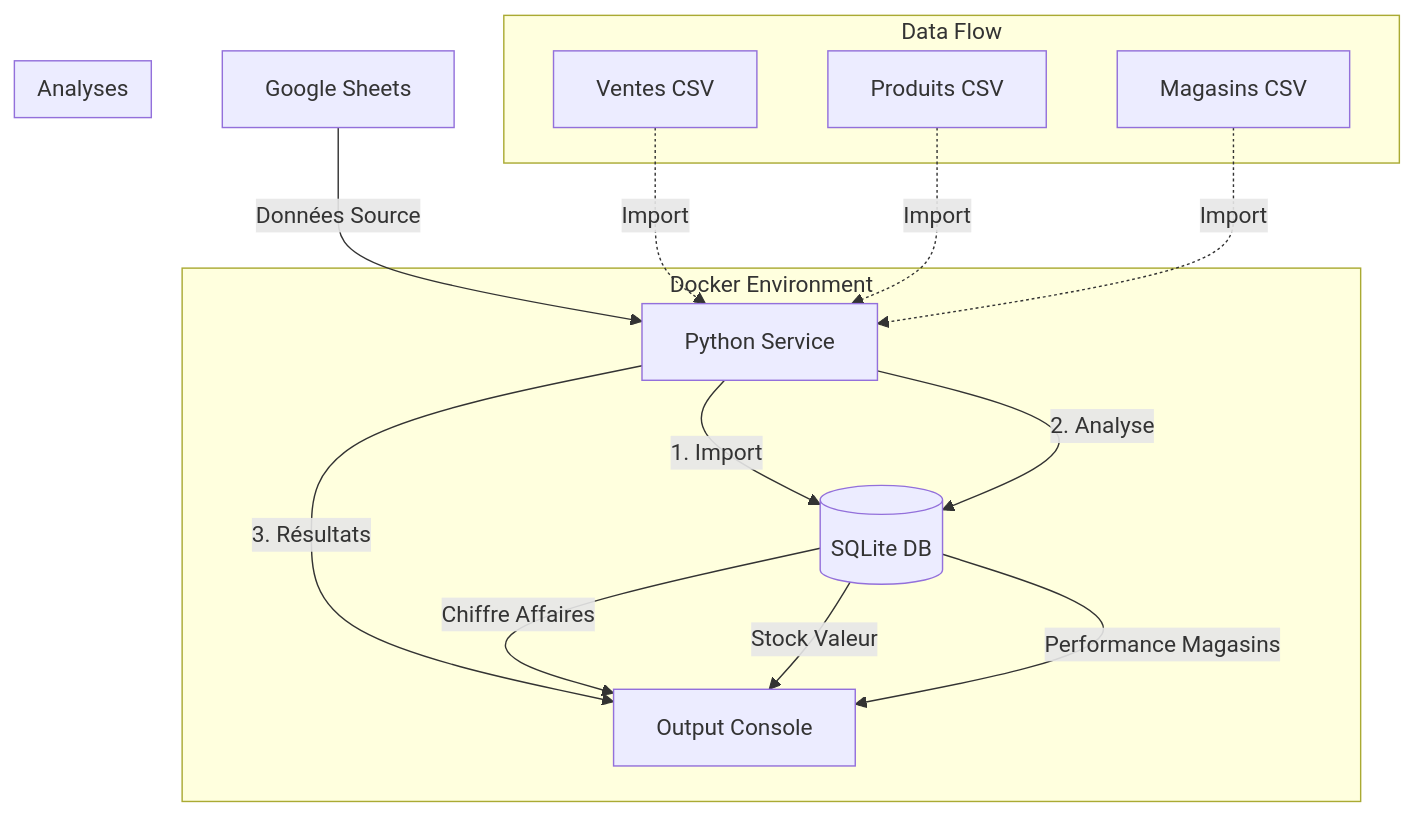
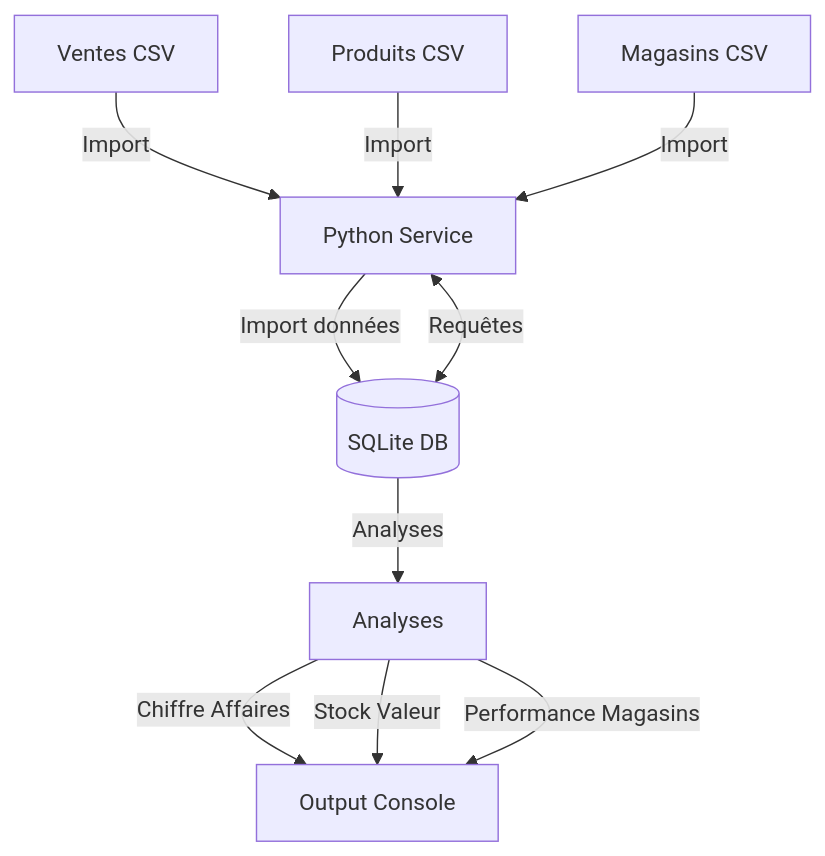
The first of 2 diagrams in README.md (Arctusol/test_simplon), drawn with Mermaid before and after one commit.

Commit message:
Mise à jour du diagramme dans le README.md : amélioration du flux de données et clarification des étapes d'importation et d'analyse.

````diff
--- a/README.md
+++ b/README.md
@@ -9,21 +9,14 @@
 ```mermaid
-graph TD
-    GS[Google Sheets] -->|Données Source| PS[Python Service]
-    subgraph Docker Environment
-        PS[Python Service] -->|1. Import| DB[(SQLite DB)]
-        PS -->|2. Analyse| DB
-        PS -->|3. Résultats| OUT[Output Console]
-    end
+flowchart TD
+    CSV1[Ventes CSV] -->|Import| PS[Python Service]
+    CSV2[Produits CSV] -->|Import| PS
+    CSV3[Magasins CSV] -->|Import| PS
     
-    subgraph Data Flow
-        CSV1[Ventes CSV] -.->|Import| PS
-        CSV2[Produits CSV] -.->|Import| PS
-        CSV3[Magasins CSV] -.->|Import| PS
-    end
+    PS -->|Import données| DB[(SQLite DB)]
+    PS <-->|Requêtes| DB
     
-    subgraph Analyses
-        DB -->|Chiffre Affaires| OUT
-        DB -->|Stock Valeur| OUT
-        DB -->|Performance Magasins| OUT
-    end
+    DB -->|Analyses| AN[Analyses]
+    AN -->|Chiffre Affaires| OUT[Output Console]
+    AN -->|Stock Valeur| OUT
+    AN -->|Performance Magasins| OUT
 ```
````
